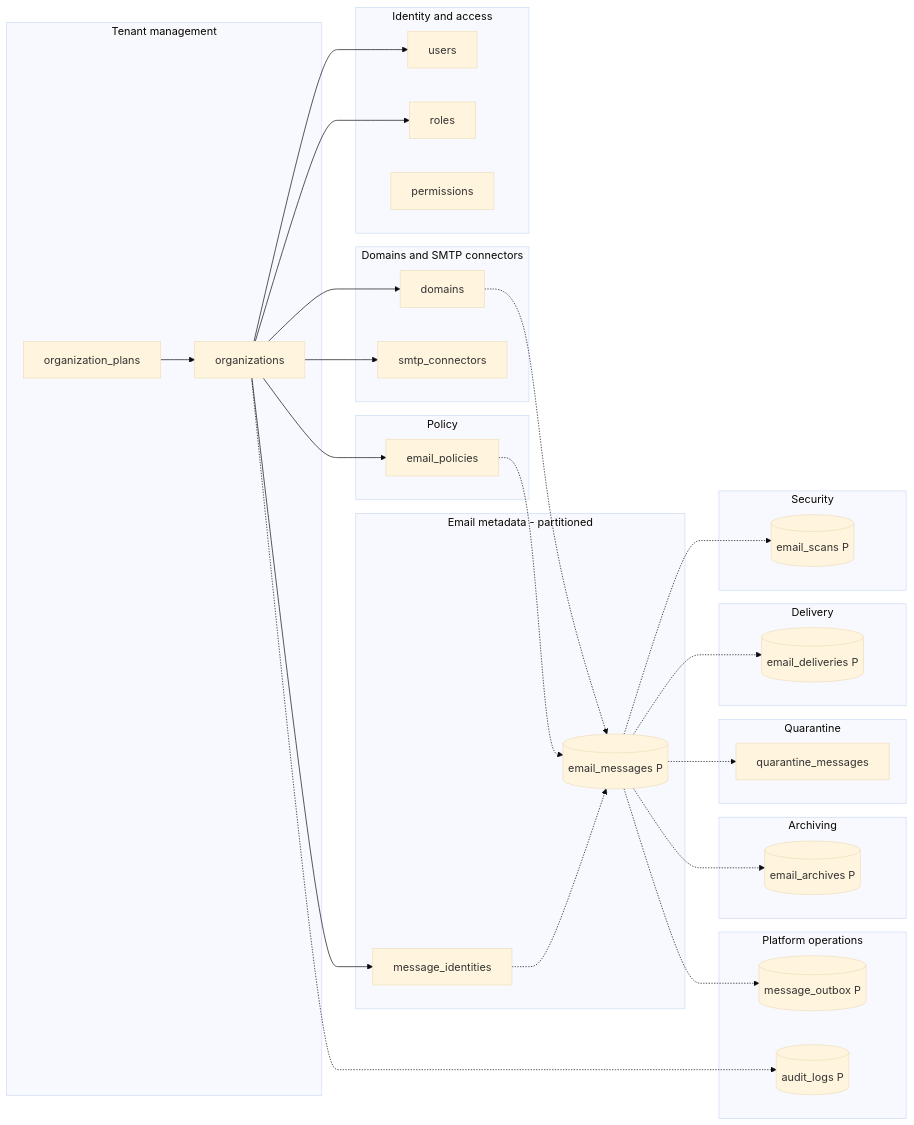
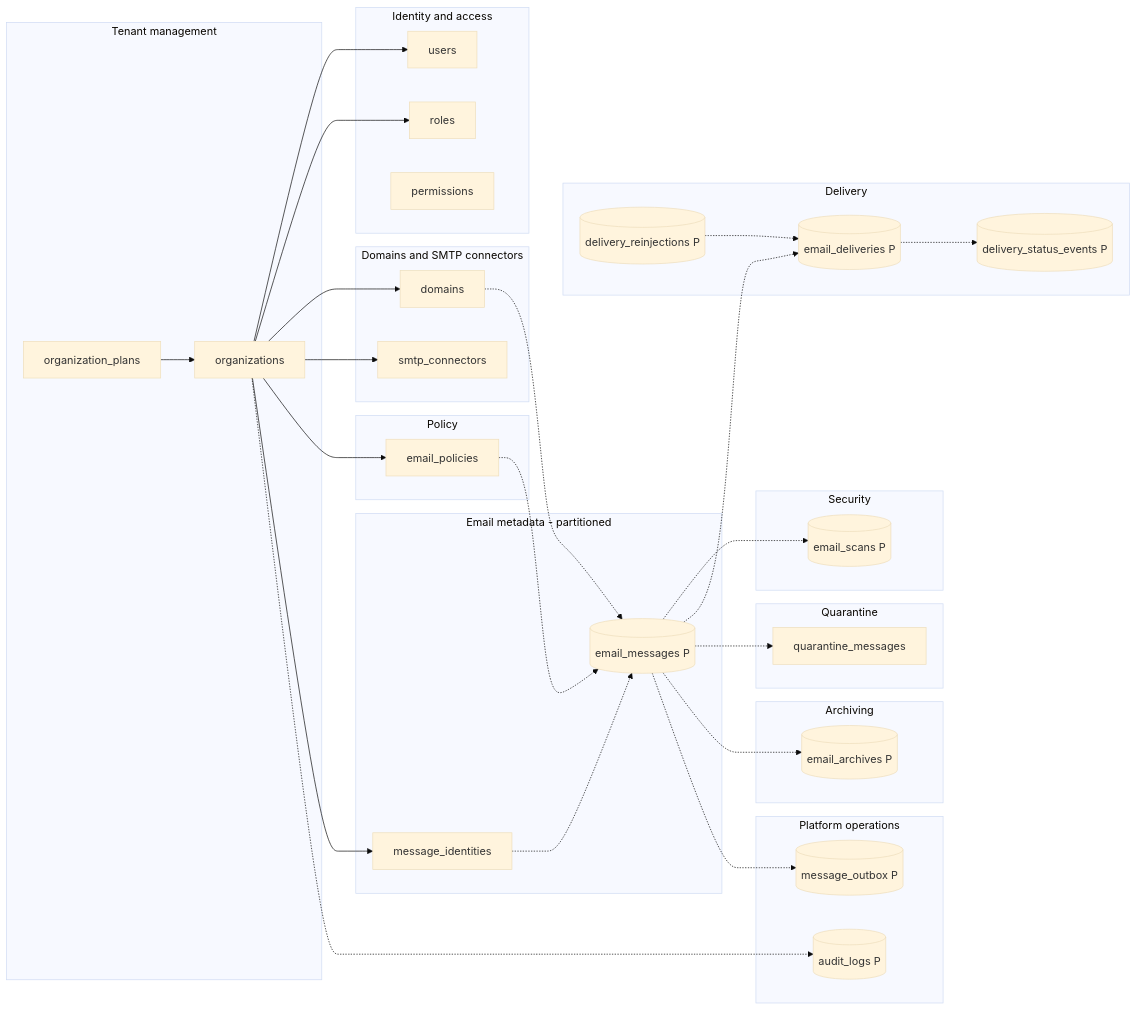
Before and after one commit to mnnitsarvesh-ai/email-gateway: the first of 11 diagrams in docs/database/er-diagram.md, drawn with Mermaid (base theme). The commit also changed other lines of this file and 240 other files, not shown here.

````diff
--- a/docs/database/er-diagram.md
+++ b/docs/database/er-diagram.md
@@ -14,55 +14,59 @@
 ```mermaid
 flowchart LR
   subgraph tenant[Tenant management]
     organizations
     organization_plans
   end
   subgraph iam[Identity and access]
     users
     roles
     permissions
   end
   subgraph domain[Domains and SMTP connectors]
     domains
     smtp_connectors
   end
   subgraph mail[Email metadata - partitioned]
     message_identities
     email_messages[(email_messages P)]
   end
   subgraph security[Security]
     email_scans[(email_scans P)]
   end
   subgraph policy[Policy]
     email_policies
   end
   subgraph delivery[Delivery]
     email_deliveries[(email_deliveries P)]
+    delivery_reinjections[(delivery_reinjections P)]
+    delivery_status_events[(delivery_status_events P)]
   end
   subgraph quarantine[Quarantine]
     quarantine_messages
   end
   subgraph archive[Archiving]
     email_archives[(email_archives P)]
   end
   subgraph ops[Platform operations]
     message_outbox[(message_outbox P)]
     audit_logs[(audit_logs P)]
   end
   organization_plans --> organizations
   organizations --> users
   organizations --> roles
   organizations --> domains
   organizations --> smtp_connectors
   organizations --> email_policies
   organizations --> message_identities
   message_identities -.-> email_messages
   domains -.-> email_messages
   email_messages -.-> email_scans
   email_messages -.-> email_deliveries
+  delivery_reinjections -.-> email_deliveries
+  email_deliveries -.-> delivery_status_events
   email_messages -.-> quarantine_messages
   email_messages -.-> email_archives
   email_messages -.-> message_outbox
   email_policies -.-> email_messages
   organizations -.-> audit_logs
 ```
````
